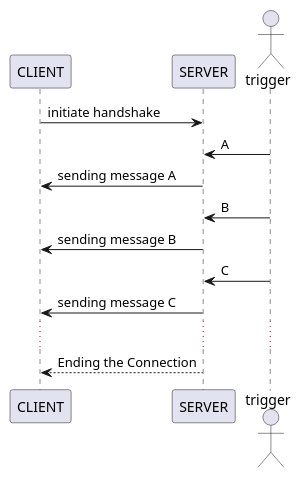
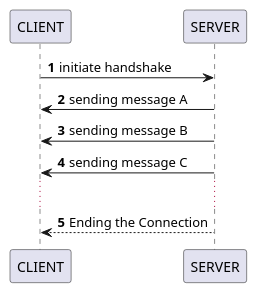
Before and after one commit to mirzaakhena/sse: the diagram in sse_flow.pu, drawn with PlantUML. The commit also changed 1 other file, not shown here.

```diff
--- a/sse_flow.pu
+++ b/sse_flow.pu
@@ -1,22 +1,14 @@
 @startuml SSE Flow
 
+autonumber
 participant CLIENT
 participant SERVER
-actor trigger
 
 CLIENT -> SERVER : initiate handshake
-
-trigger -> SERVER : A
 SERVER -> CLIENT : sending message A
-
-trigger -> SERVER : B
 SERVER -> CLIENT : sending message B
-
-trigger -> SERVER : C
 SERVER -> CLIENT : sending message C
-
 ...
-
 SERVER --> CLIENT : Ending the Connection
 
 @enduml
```
